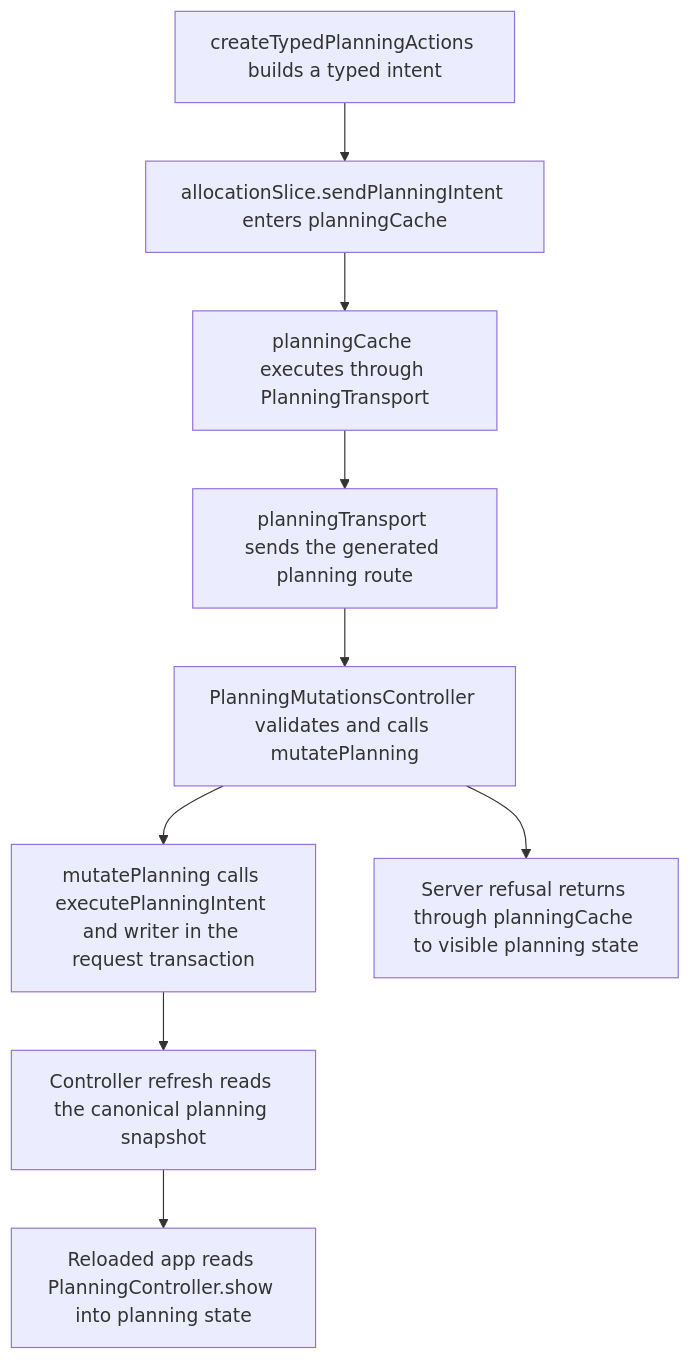
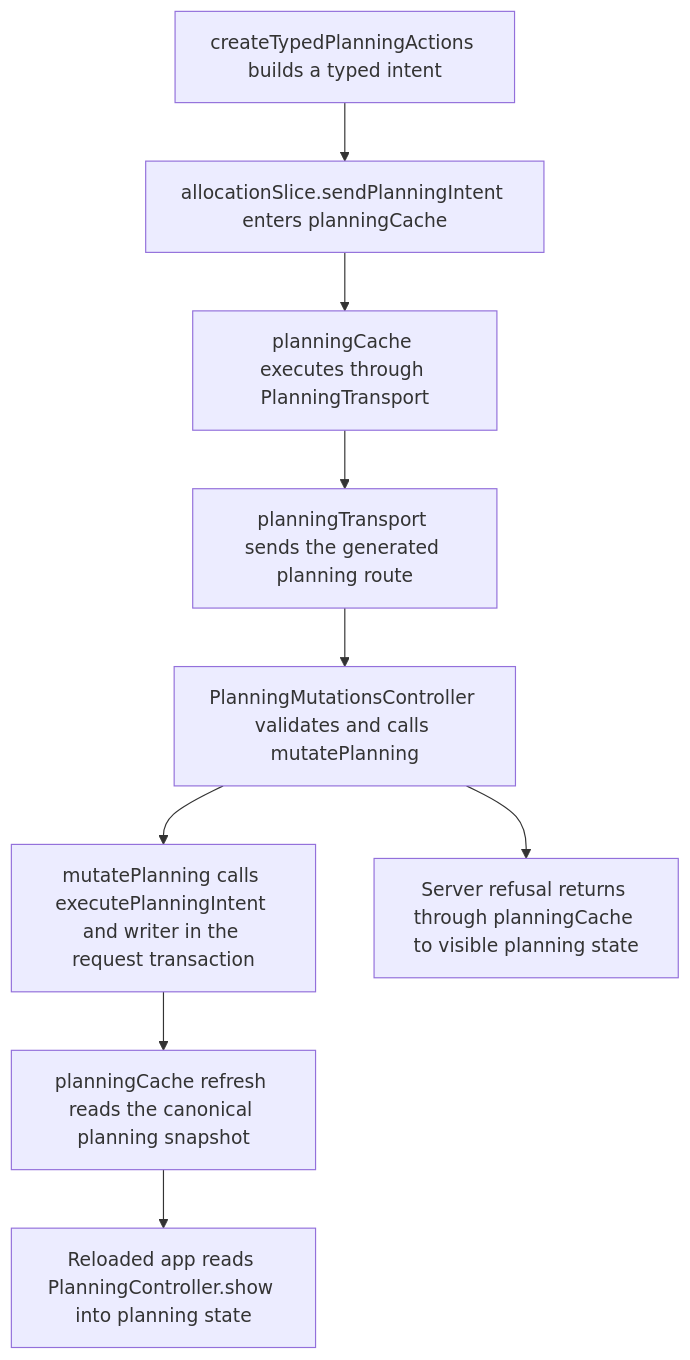
The second of 2 diagrams in user-stories/data/US-DAT-05-persist-reload.md (Kevinjohn/capacitylens), drawn with Mermaid before and after one commit. The commit also changed 285 other files, not shown here.

````diff
--- a/user-stories/data/US-DAT-05-persist-reload.md
+++ b/user-stories/data/US-DAT-05-persist-reload.md
@@ -28,11 +28,11 @@
 ```mermaid
 flowchart TD
   action["createTypedPlanningActions builds a typed intent"] --> slice["allocationSlice.sendPlanningIntent enters planningCache"]
-  slice --> controller["planningCache executes through PlanningTransport"]
-  controller --> transport["planningTransport sends the generated planning route"]
+  slice --> cache["planningCache executes through PlanningTransport"]
+  cache --> transport["planningTransport sends the generated planning route"]
   transport --> endpoint["PlanningMutationsController validates and calls mutatePlanning"]
   endpoint --> persist["mutatePlanning calls executePlanningIntent and writer in the request transaction"]
-  persist --> refresh["Controller refresh reads the canonical planning snapshot"]
+  persist --> refresh["planningCache refresh reads the canonical planning snapshot"]
   refresh --> reload["Reloaded app reads PlanningController.show into planning state"]
   endpoint --> refusal["Server refusal returns through planningCache to visible planning state"]
 ```
````
